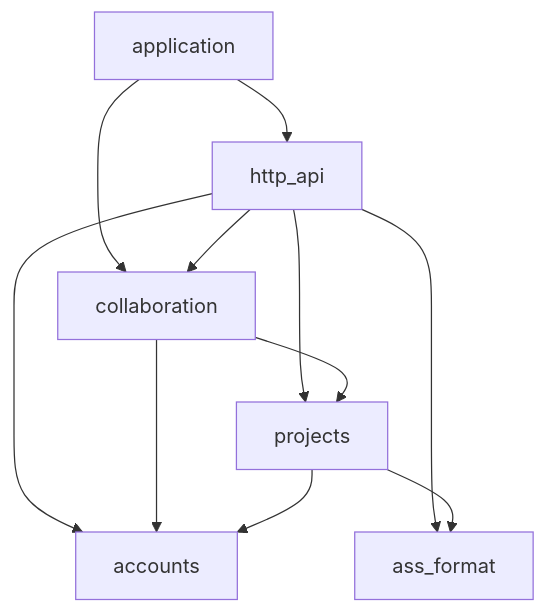
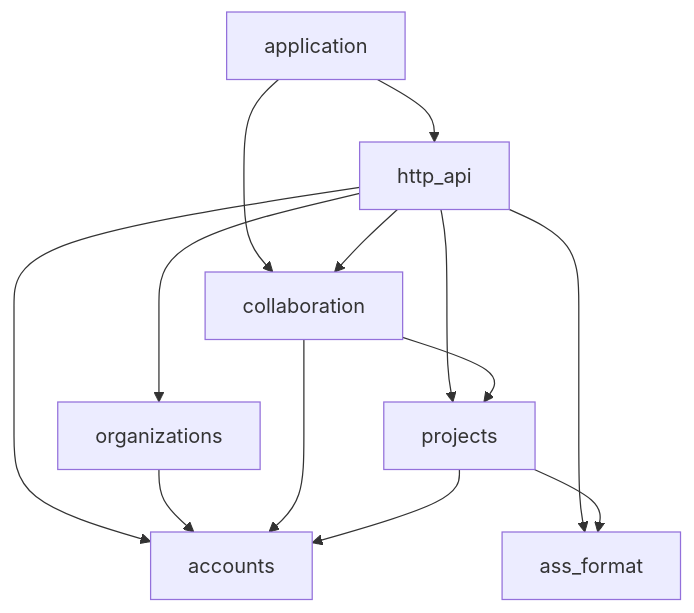
Before and after one commit to giltram/CueRelay: the second of 2 diagrams in docs/architecture.md, drawn with Mermaid. The commit also changed other lines of this file and 47 other files, not shown here.

````diff
--- a/docs/architecture.md
+++ b/docs/architecture.md
@@ -75,13 +80,15 @@
 ```mermaid
 flowchart TD
     application --> http_api
     application --> collaboration
     http_api --> projects
     http_api --> accounts
+    http_api --> organizations
+    organizations --> accounts
     http_api --> ass_format
     http_api --> collaboration
     collaboration --> projects
     collaboration --> accounts
     projects --> accounts
     projects --> ass_format
 ```
````
